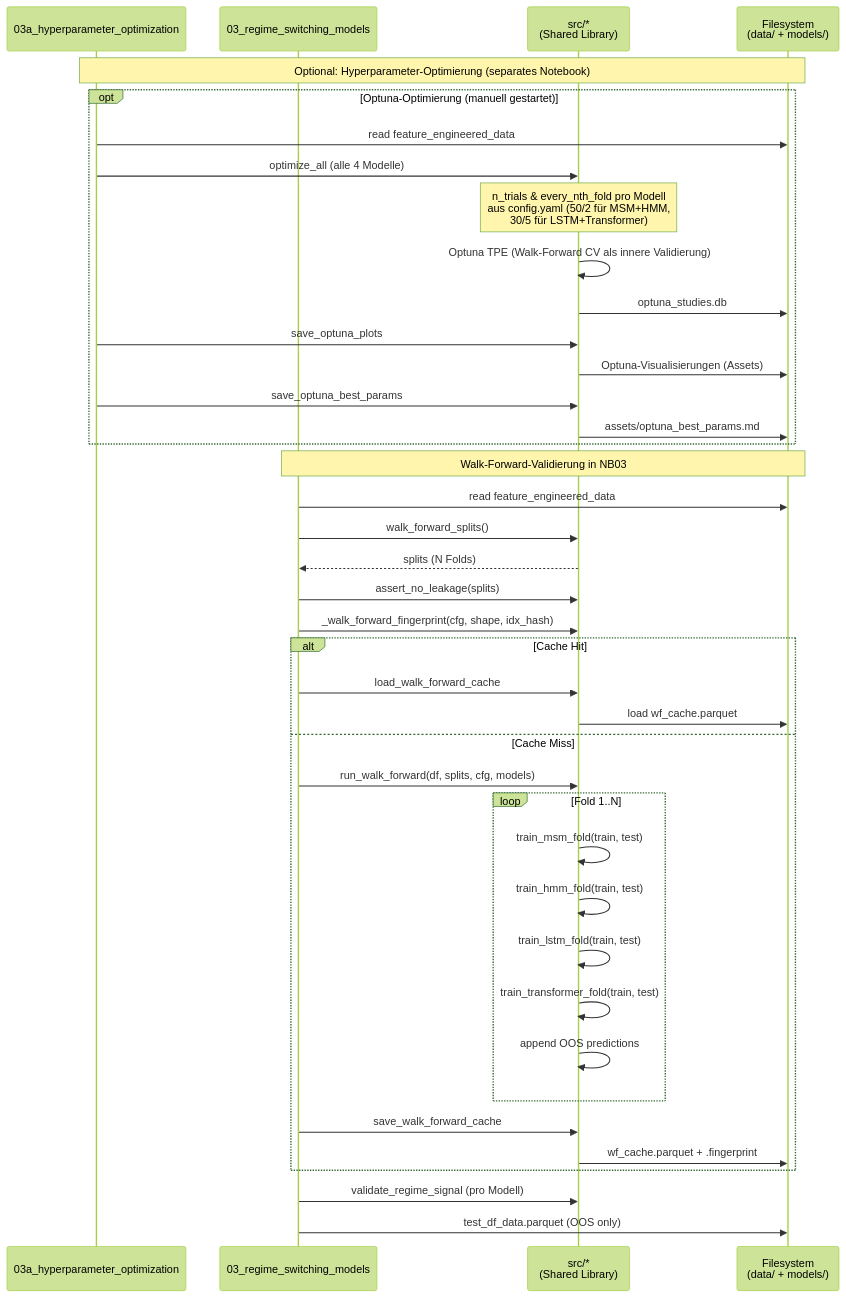
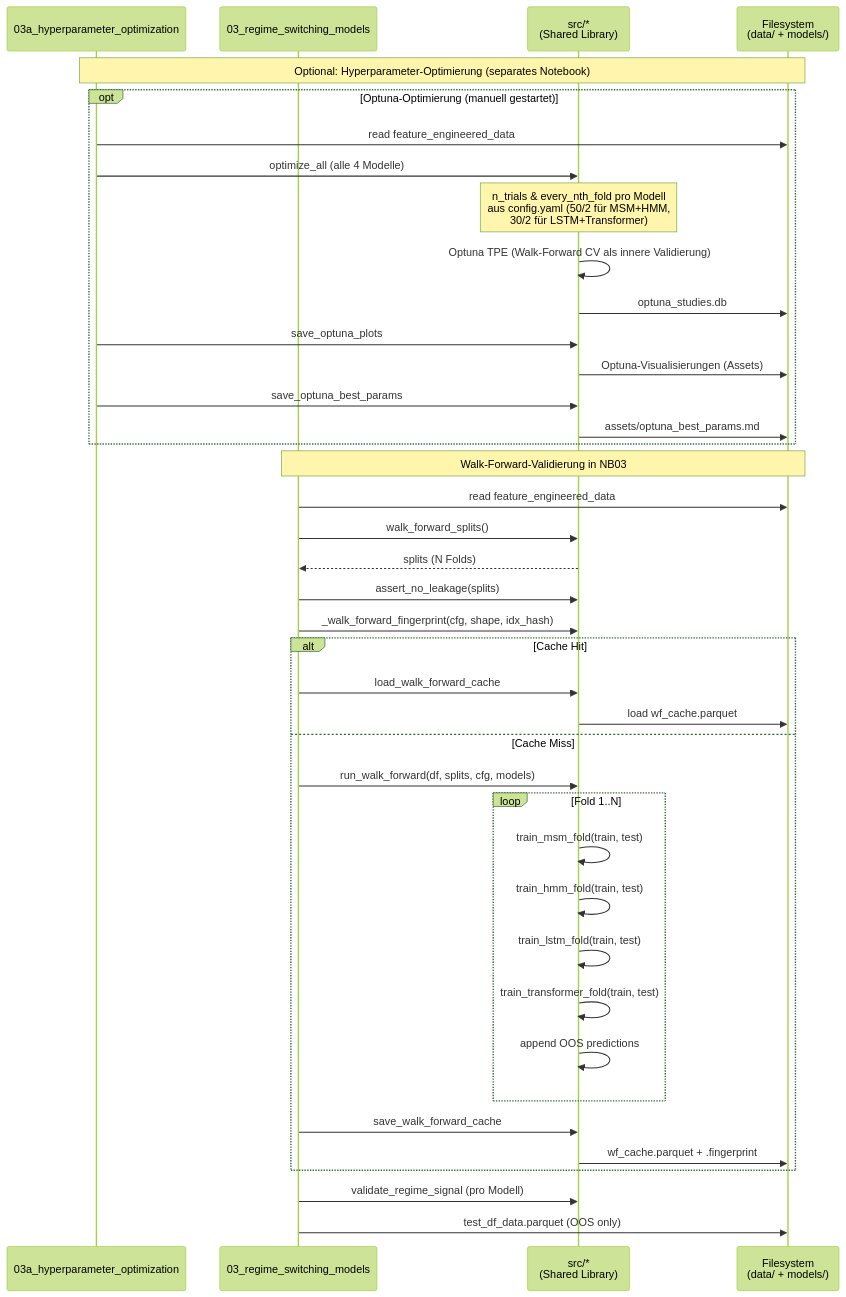
The second of 2 diagrams in docs/jupyter-sequence-diagram.md (Torim98/regime-switching-daa-paper), drawn with Mermaid (forest theme) before and after one commit. The commit also changed 4 other files, not shown here.

````diff
--- a/docs/jupyter-sequence-diagram.md
+++ b/docs/jupyter-sequence-diagram.md
@@ -101,44 +101,44 @@
 ```mermaid
 sequenceDiagram
     participant NB03a as 03a_hyperparameter_optimization
     participant NB03 as 03_regime_switching_models
     participant SRC as src/*<br/>(Shared Library)
     participant FS as Filesystem<br/>(data/ + models/)
 
     Note over NB03a,FS: Optional: Hyperparameter-Optimierung (separates Notebook)
     opt Optuna-Optimierung (manuell gestartet)
         NB03a->>FS: read feature_engineered_data
         NB03a->>SRC: optimize_all (alle 4 Modelle)
-        Note over SRC: n_trials & every_nth_fold pro Modell<br/>aus config.yaml (50/2 für MSM+HMM,<br/>30/5 für LSTM+Transformer)
+        Note over SRC: n_trials & every_nth_fold pro Modell<br/>aus config.yaml (50/2 für MSM+HMM,<br/>30/2 für LSTM+Transformer)
         SRC->>SRC: Optuna TPE (Walk-Forward CV als innere Validierung)
         SRC->>FS: optuna_studies.db
         NB03a->>SRC: save_optuna_plots
         SRC->>FS: Optuna-Visualisierungen (Assets)
         NB03a->>SRC: save_optuna_best_params
         SRC->>FS: assets/optuna_best_params.md
     end
 
     Note over NB03,FS: Walk-Forward-Validierung in NB03
     NB03->>FS: read feature_engineered_data
     NB03->>SRC: walk_forward_splits()
     SRC-->>NB03: splits (N Folds)
     NB03->>SRC: assert_no_leakage(splits)
     NB03->>SRC: _walk_forward_fingerprint(cfg, shape, idx_hash)
     alt Cache Hit
         NB03->>SRC: load_walk_forward_cache
         SRC->>FS: load wf_cache.parquet
     else Cache Miss
         NB03->>SRC: run_walk_forward(df, splits, cfg, models)
         loop Fold 1..N
             SRC->>SRC: train_msm_fold(train, test)
             SRC->>SRC: train_hmm_fold(train, test)
             SRC->>SRC: train_lstm_fold(train, test)
             SRC->>SRC: train_transformer_fold(train, test)
             SRC->>SRC: append OOS predictions
         end
         NB03->>SRC: save_walk_forward_cache
         SRC->>FS: wf_cache.parquet + .fingerprint
     end
     NB03->>SRC: validate_regime_signal (pro Modell)
     NB03->>FS: test_df_data.parquet (OOS only)
 ```
````
